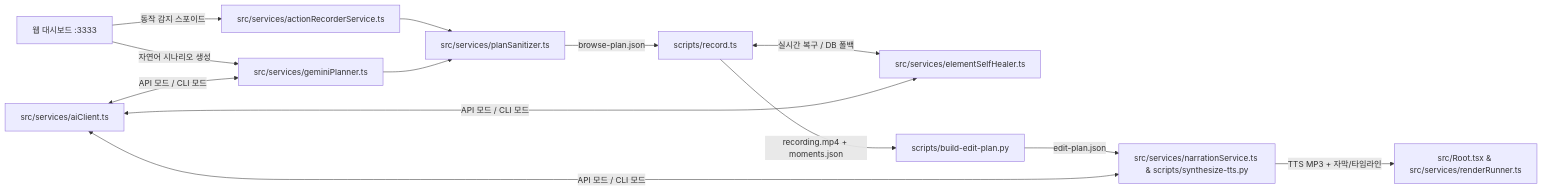
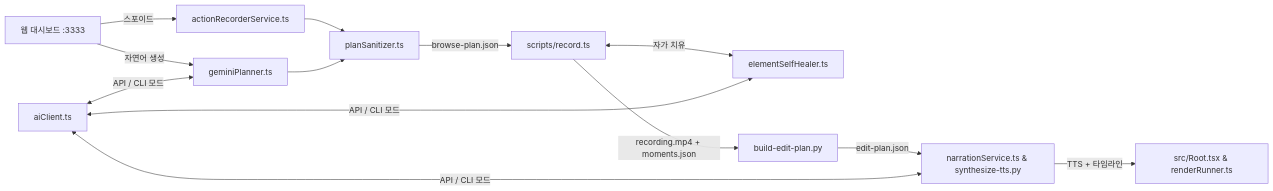
One commit to handsun000/ai-screen-studio changed the diagram in AGENTS.md. Above: the diagram before and after it, drawn with Mermaid. The commit also changed other lines of this file and 84 other files, not shown here.

Commit message:
feat: site master slide composer, merged chapter bridge narration, stability fixes & 7-step roadmap handoff

````diff
--- a/AGENTS.md
+++ b/AGENTS.md
@@ -22,15 +19,10 @@
 ```mermaid
 graph LR
-    UI[웹 대시보드 :3333] -->|동작 감지 스포이드| Recorder[src/services/actionRecorderService.ts]
-    UI -->|자연어 시나리오 생성| Planner[src/services/geminiPlanner.ts]
-    Recorder --> Sanitizer[src/services/planSanitizer.ts]
-    Planner --> Sanitizer
-    Sanitizer -->|browse-plan.json| Runner[scripts/record.ts]
-    Runner <-->|실시간 복구 / DB 폴백| Healer[src/services/elementSelfHealer.ts]
-    Runner -->|recording.mp4 + moments.json| EditPlan[scripts/build-edit-plan.py]
-    EditPlan -->|edit-plan.json| Narration[src/services/narrationService.ts & scripts/synthesize-tts.py]
-    Narration -->|TTS MP3 + 자막/타임라인| Remotion[src/Root.tsx & src/services/renderRunner.ts]
-    AIClient[src/services/aiClient.ts] <-->|API 모드 / CLI 모드| Planner
-    AIClient <-->|API 모드 / CLI 모드| Healer
-    AIClient <-->|API 모드 / CLI 모드| Narration
+    UI[웹 대시보드 :3333] -->|스포이드| Recorder[actionRecorderService.ts]
+    UI -->|자연어 생성| Planner[geminiPlanner.ts]
+    Recorder & Planner --> Sanitizer[planSanitizer.ts] -->|browse-plan.json| Runner[scripts/record.ts]
+    Runner <-->|자가 치유| Healer[elementSelfHealer.ts]
+    Runner -->|recording.mp4 + moments.json| EditPlan[build-edit-plan.py] -->|edit-plan.json| Narration[narrationService.ts & synthesize-tts.py]
+    Narration -->|TTS + 타임라인| Remotion[src/Root.tsx & renderRunner.ts]
+    AIClient[aiClient.ts] <-->|API / CLI 모드| Planner & Healer & Narration
 ```
````
